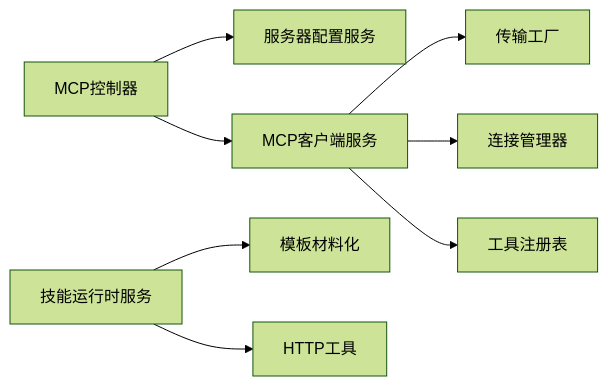
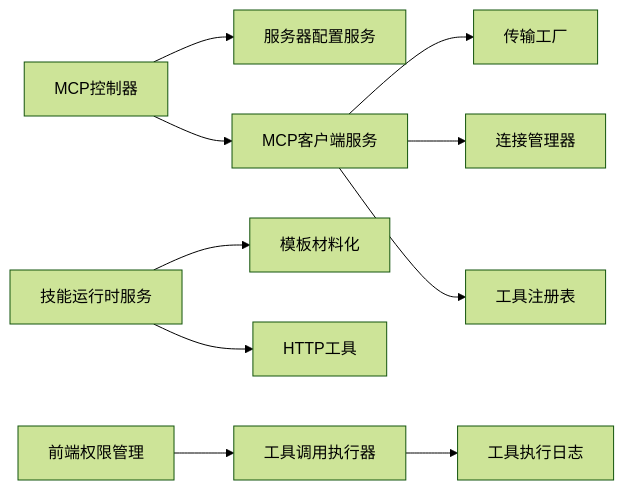
Before and after one commit to xixixiaoyu/Todo: diagram 12 of 12 in .qoder/repowiki/zh/content/核心模块/AI助手系统/工具集成.md, drawn with Mermaid (forest theme). The commit also changed other lines of this file and 6 other files, not shown here.

````diff
--- a/.qoder/repowiki/zh/content/核心模块/AI助手系统/工具集成.md
+++ b/.qoder/repowiki/zh/content/核心模块/AI助手系统/工具集成.md
@@ -331,10 +599,12 @@
 ```mermaid
 graph LR
 Ctrl["MCP控制器"] --> Cfg["服务器配置服务"]
 Ctrl --> Cli["MCP客户端服务"]
 Cli --> TFac["传输工厂"]
 Cli --> Conn["连接管理器"]
 Cli --> Reg["工具注册表"]
 Svc["技能运行时服务"] --> Mat["模板材料化"]
 Svc --> Net["HTTP工具"]
+Front["前端权限管理"] --> Exec["工具调用执行器"]
+Exec --> Log["工具执行日志"]
 ```
````
